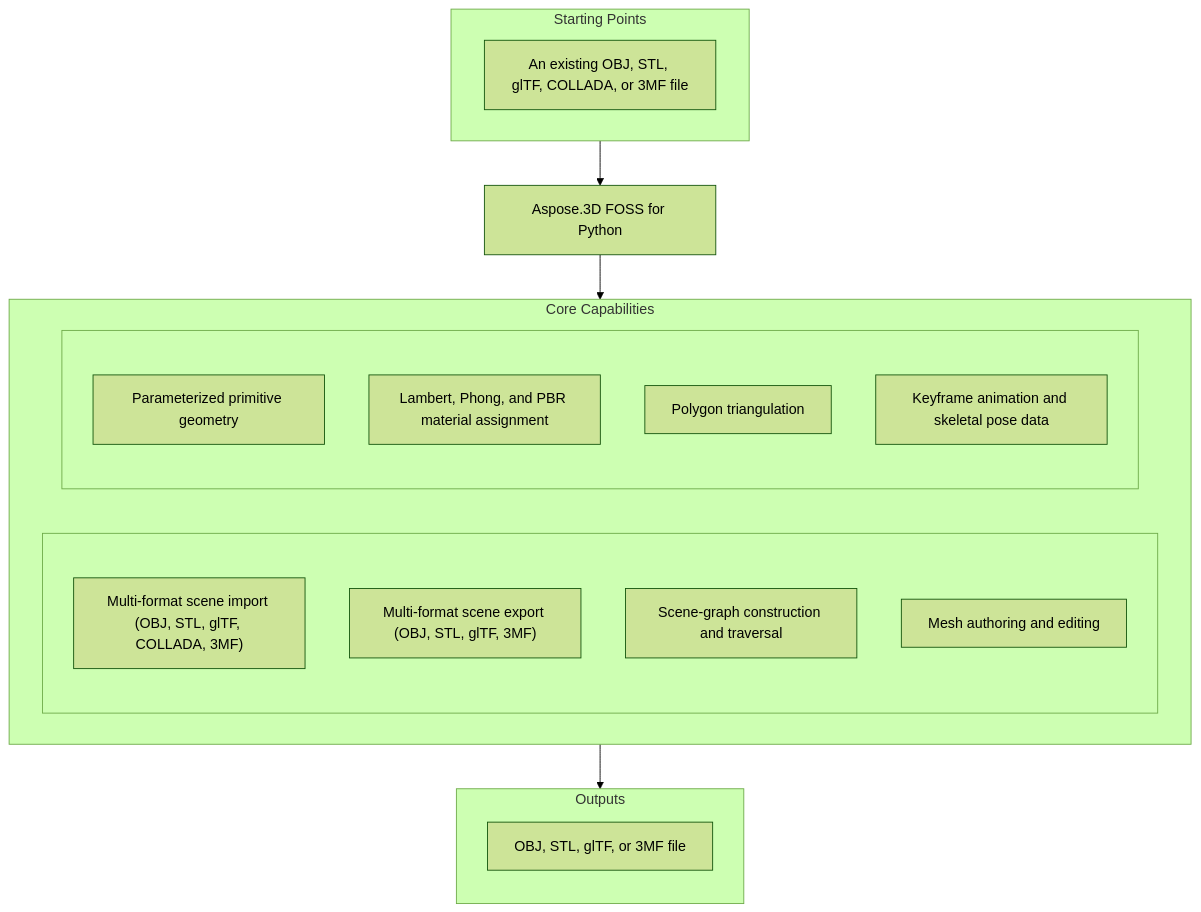
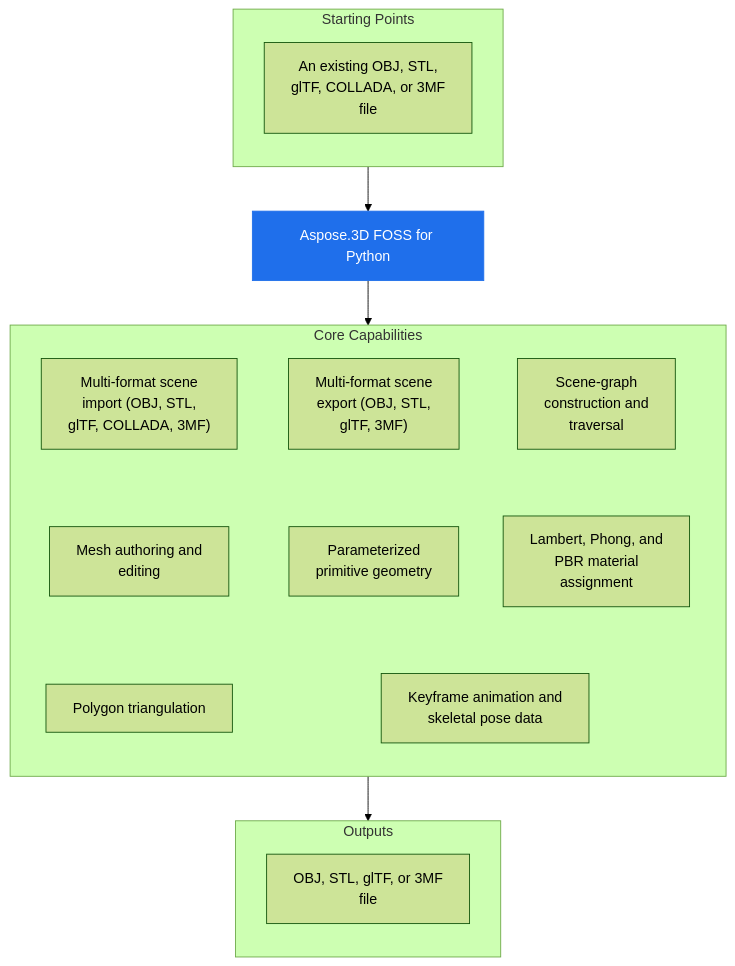
The diagram in 65b1f577c0f16d0d9112bb6c1153d3024543ac02/README.md (babar-raza/repo-presenter), drawn with Mermaid (forest theme) before and after one commit. The commit also changed 6 other files, not shown here.

````diff
--- a/65b1f577c0f16d0d9112bb6c1153d3024543ac02/README.md
+++ b/65b1f577c0f16d0d9112bb6c1153d3024543ac02/README.md
@@ -28,30 +28,32 @@
 ```mermaid
-flowchart TD
+flowchart TB
   subgraph StartingPoints["Starting Points"]
-    direction LR
-    i1["An existing OBJ, STL, glTF, COLLADA, or 3MF file"]
+    direction TB
+    i1["An existing OBJ, STL,<br/>glTF, COLLADA, or 3MF<br/>file"]
   end
   PRODUCT["Aspose.3D FOSS for Python"]
   subgraph Capabilities["Core Capabilities"]
-    direction LR
-    subgraph capl[" "]
-      direction TB
-      c1["Multi-format scene import (OBJ, STL, glTF, COLLADA, 3MF)"]
-      c2["Multi-format scene export (OBJ, STL, glTF, 3MF)"]
-      c3["Scene-graph construction and traversal"]
-      c4["Mesh authoring and editing"]
-    end
-    subgraph capr[" "]
-      direction TB
-      c5["Parameterized primitive geometry"]
-      c6["Lambert, Phong, and PBR material assignment"]
-      c7["Polygon triangulation"]
-      c8["Keyframe animation and skeletal pose data"]
-    end
+    direction TB
+    c1["Multi-format scene<br/>import (OBJ, STL,<br/>glTF, COLLADA, 3MF)"]
+    c2["Multi-format scene<br/>export (OBJ, STL,<br/>glTF, 3MF)"]
+    c3["Scene-graph<br/>construction and<br/>traversal"]
+    c4["Mesh authoring and<br/>editing"]
+    c5["Parameterized<br/>primitive geometry"]
+    c6["Lambert, Phong, and<br/>PBR material<br/>assignment"]
+    c7["Polygon triangulation"]
+    c8["Keyframe animation and<br/>skeletal pose data"]
+    c1 ~~~ c4
+    c2 ~~~ c5
+    c3 ~~~ c6
+    c4 ~~~ c7
+    c5 ~~~ c8
+    c6 ~~~ c8
   end
   subgraph Outputs["Outputs"]
     direction TB
-    o1["OBJ, STL, glTF, or 3MF file"]
+    o1["OBJ, STL, glTF, or 3MF<br/>file"]
   end
   StartingPoints --> PRODUCT --> Capabilities --> Outputs
+  classDef product fill:#1f6feb,stroke:#1f6feb,color:#ffffff
+  class PRODUCT product
 ```
````
